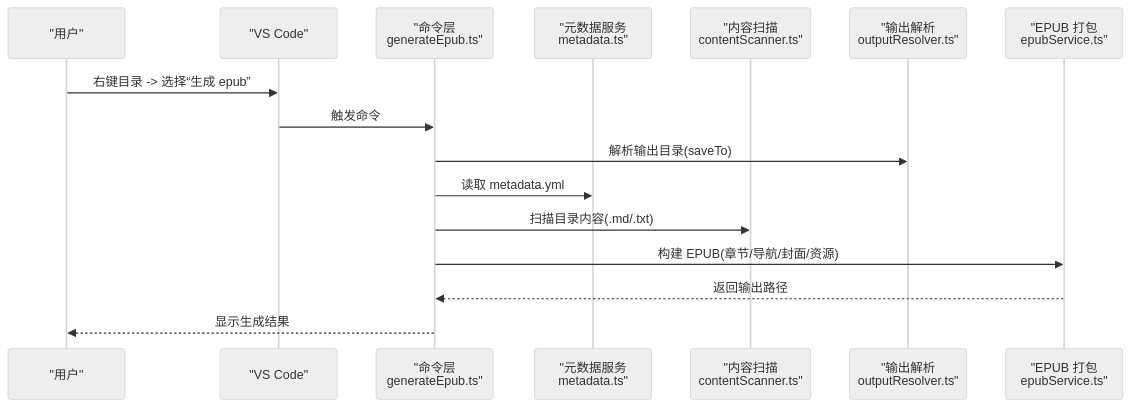
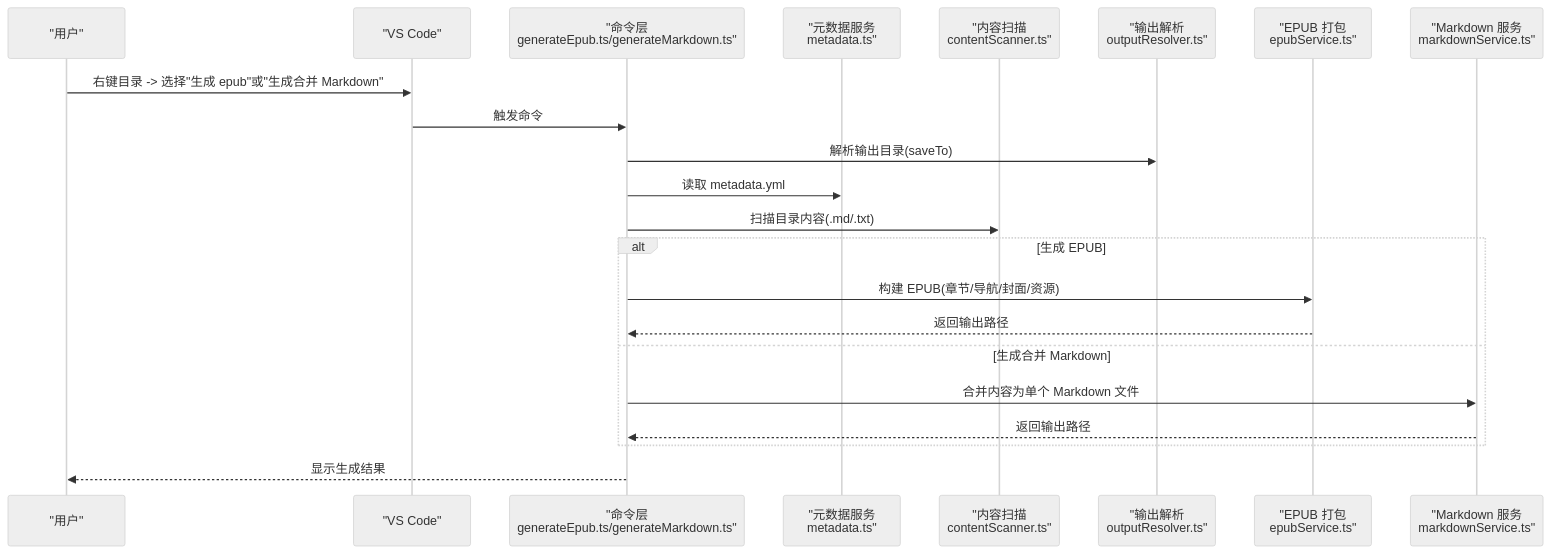
One commit to someok/vscode-folder2epub changed the second of 8 diagrams in .qoder/repowiki/zh/content/项目概述.md. Above: the diagram before and after it, drawn with Mermaid (neutral theme). The commit also changed other lines of this file and 6 other files, not shown here.

````diff
--- a/.qoder/repowiki/zh/content/项目概述.md
+++ b/.qoder/repowiki/zh/content/项目概述.md
@@ -129,18 +159,24 @@
 ```mermaid
 sequenceDiagram
 participant U as "用户"
 participant VS as "VS Code"
-participant CMD as "命令层<br/>generateEpub.ts"
+participant CMD as "命令层<br/>generateEpub.ts/generateMarkdown.ts"
 participant META as "元数据服务<br/>metadata.ts"
 participant SCAN as "内容扫描<br/>contentScanner.ts"
 participant OUT as "输出解析<br/>outputResolver.ts"
 participant ZIP as "EPUB 打包<br/>epubService.ts"
-U->>VS : 右键目录 -> 选择“生成 epub”
+participant MD as "Markdown 服务<br/>markdownService.ts"
+U->>VS : 右键目录 -> 选择"生成 epub"或"生成合并 Markdown"
 VS->>CMD : 触发命令
 CMD->>OUT : 解析输出目录(saveTo)
 CMD->>META : 读取 metadata.yml
 CMD->>SCAN : 扫描目录内容(.md/.txt)
+alt 生成 EPUB
 CMD->>ZIP : 构建 EPUB(章节/导航/封面/资源)
 ZIP-->>CMD : 返回输出路径
+else 生成合并 Markdown
+CMD->>MD : 合并内容为单个 Markdown 文件
+MD-->>CMD : 返回输出路径
+end
 CMD-->>U : 显示生成结果
 ```
````
